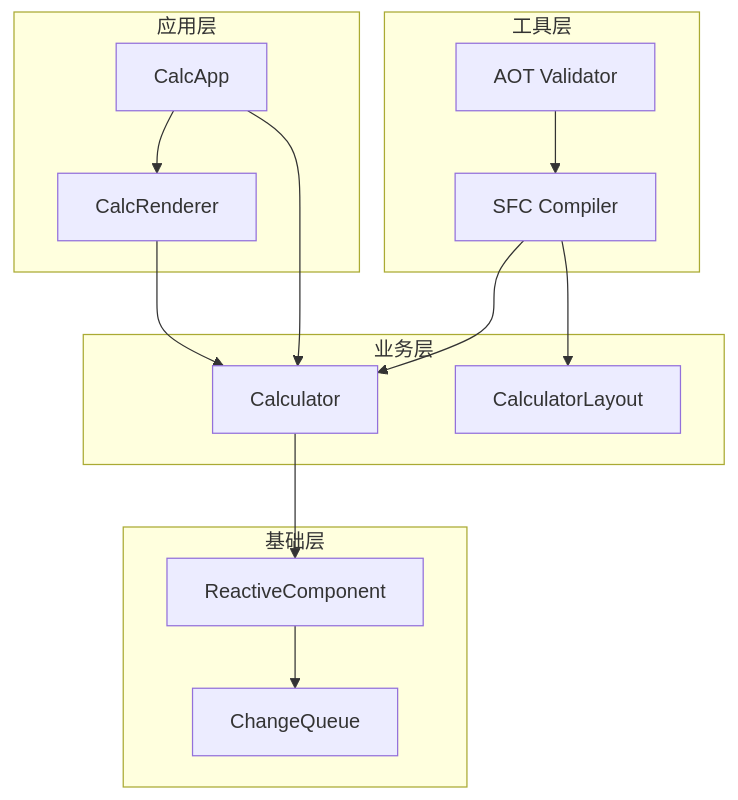
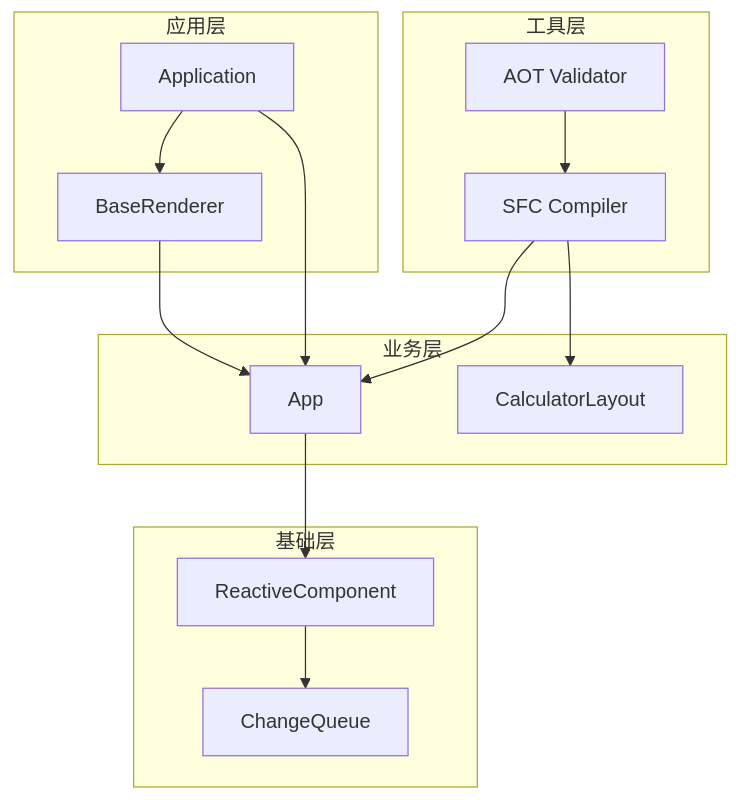
One commit to xingye00186/PHP-Data-UI-Framework-powered-by-swooleAOT changed the eighth of 8 diagrams in .qoder/repowiki/zh/content/架构设计/响应式系统架构/ReactiveComponent基类设计.md. Above: the diagram before and after it, drawn with Mermaid. The commit also changed other lines of this file and 37 other files, not shown here.

````diff
--- a/.qoder/repowiki/zh/content/架构设计/响应式系统架构/ReactiveComponent基类设计.md
+++ b/.qoder/repowiki/zh/content/架构设计/响应式系统架构/ReactiveComponent基类设计.md
@@ -352,27 +469,27 @@
 ```mermaid
 graph TB
 subgraph "基础层"
 RC[ReactiveComponent]
 CQ[ChangeQueue]
 end
 subgraph "业务层"
-CALC[Calculator]
+APP[App]
 LAYOUT[CalculatorLayout]
 end
 subgraph "应用层"
-APP[CalcApp]
-RENDERER[CalcRenderer]
+APP_CTRL[Application]
+RENDERER[BaseRenderer]
 end
 subgraph "工具层"
 COMPILER[SFC Compiler]
 VALIDATOR[AOT Validator]
 end
 RC --> CQ
-CALC --> RC
-RENDERER --> CALC
-APP --> CALC
-APP --> RENDERER
-COMPILER --> CALC
+APP --> RC
+RENDERER --> APP
+APP_CTRL --> APP
+APP_CTRL --> RENDERER
+COMPILER --> APP
 COMPILER --> LAYOUT
 VALIDATOR --> COMPILER
 ```
````
